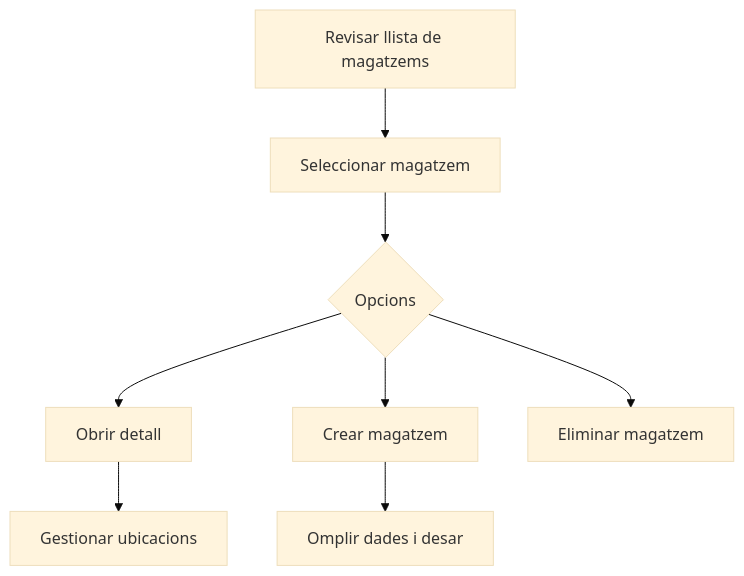
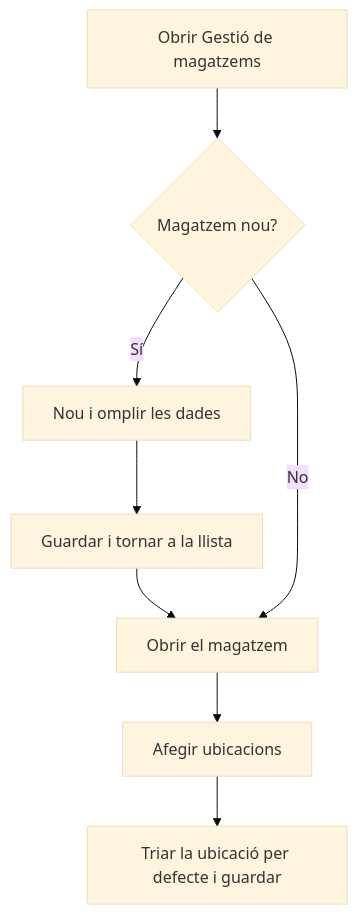
Before and after one commit to MGurtD/lilith: the diagram in frontend/src/help/ca/warehouse/warehouse/list.md, drawn with Mermaid (base theme). The commit also changed other lines of this file and 331 other files, not shown here.

````diff
--- a/frontend/src/help/ca/warehouse/warehouse/list.md
+++ b/frontend/src/help/ca/warehouse/warehouse/list.md
@@ -34,10 +37,10 @@
 ```mermaid
 flowchart TD
-    A[Revisar llista de magatzems] --> B[Seleccionar magatzem]
-    B --> C{Opcions}
-    C --> D[Obrir detall]
-    C --> E[Crear magatzem]
-    C --> F[Eliminar magatzem]
-    D --> G[Gestionar ubicacions]
-    E --> H[Omplir dades i desar]
+    A[Obrir Gestió de magatzems] --> B{Magatzem nou?}
+    B -->|Sí| C[Nou i omplir les dades]
+    C --> D[Guardar i tornar a la llista]
+    D --> E[Obrir el magatzem]
+    B -->|No| E
+    E --> F[Afegir ubicacions]
+    F --> G[Triar la ubicació per defecte i guardar]
 ```
````
